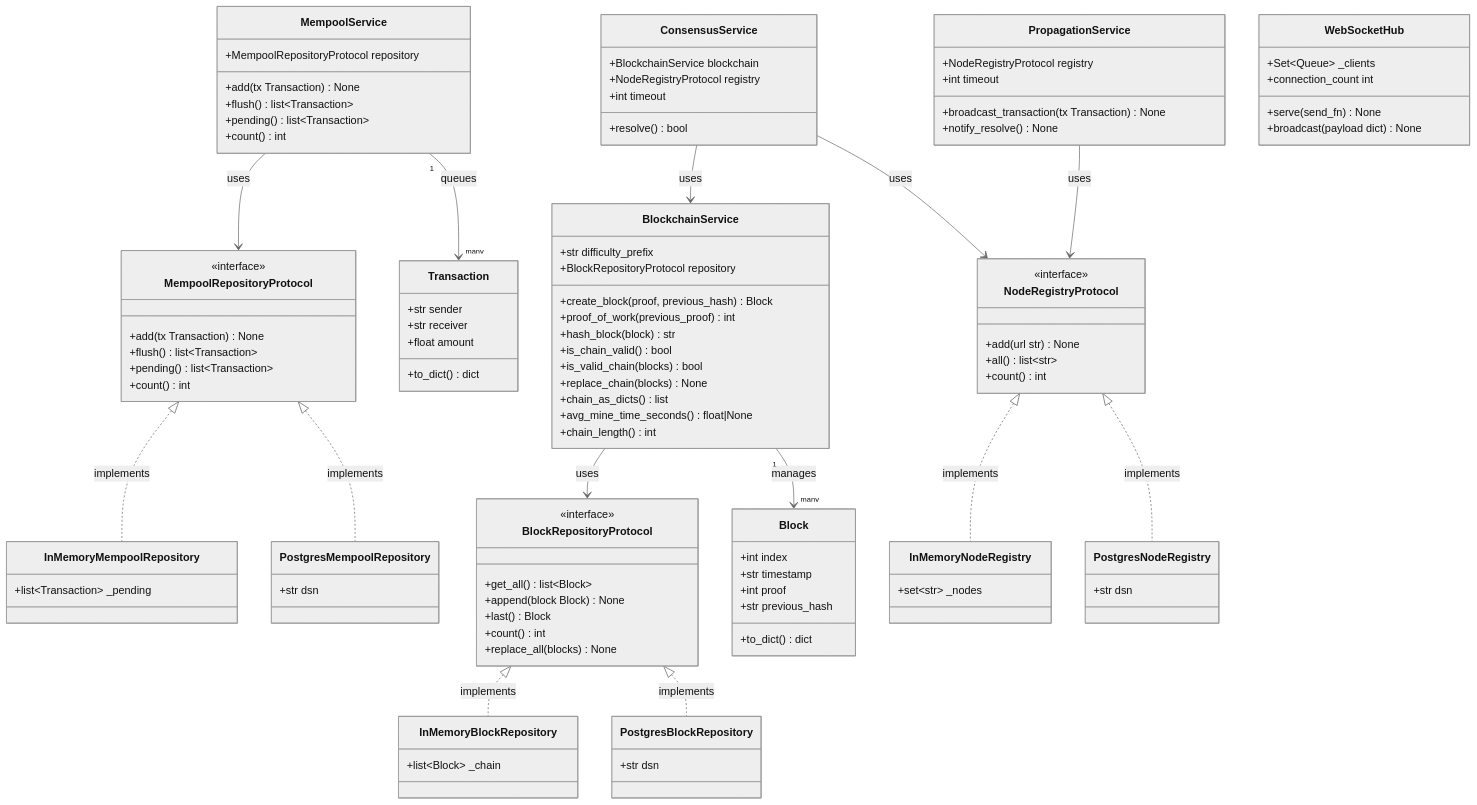
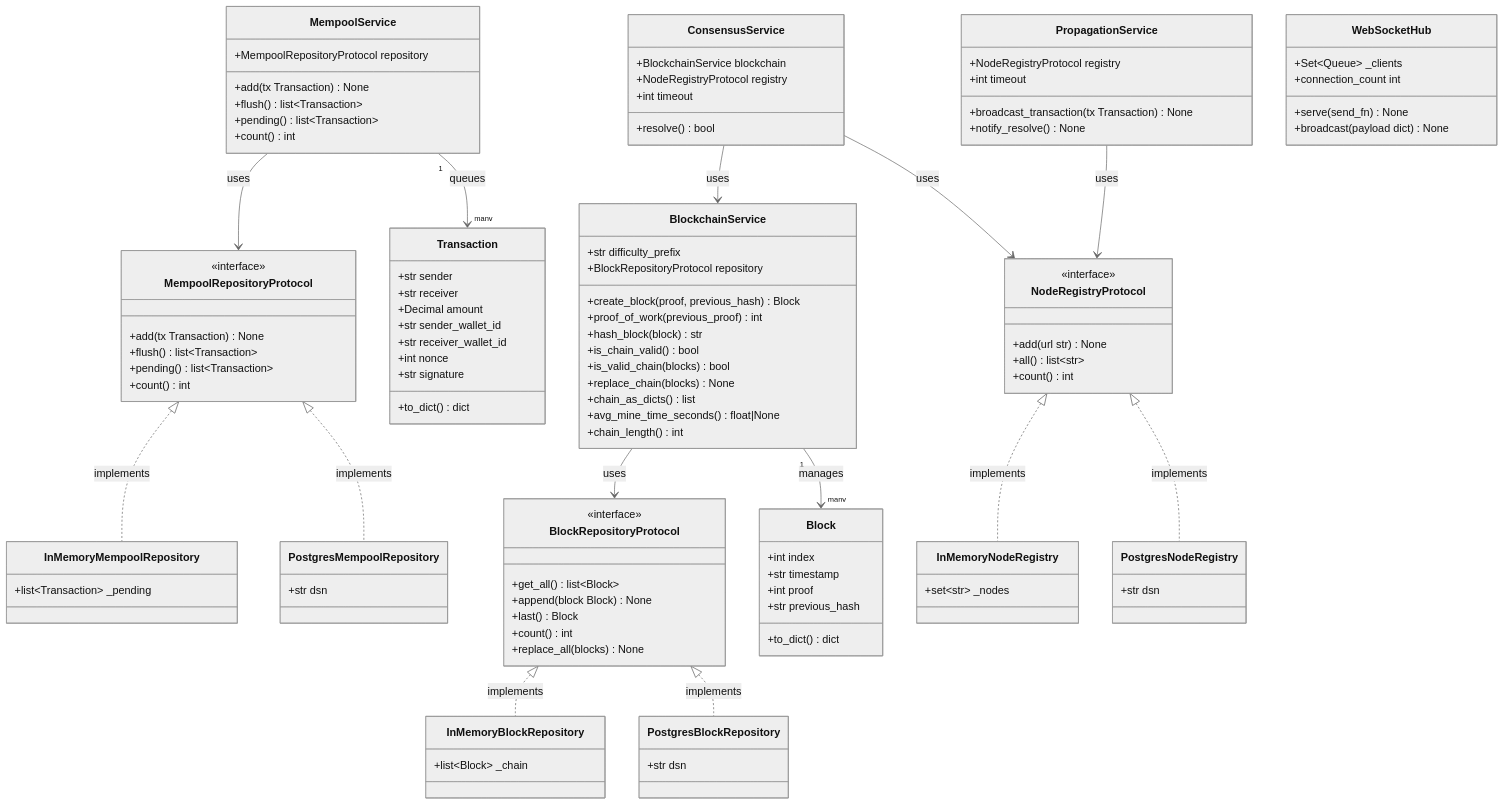
One commit to basic-blockchain/basic-blockchain-simulator changed the second of 2 diagrams in docs/data-model.md. Above: the diagram before and after it, drawn with Mermaid (neutral theme). The commit also changed other lines of this file and 7 other files, not shown here.

```diff
--- a/docs/data-model.md
+++ b/docs/data-model.md
@@ -212,7 +228,11 @@
     class Transaction {
         +str sender
         +str receiver
-        +float amount
+        +Decimal amount
+        +str sender_wallet_id
+        +str receiver_wallet_id
+        +int nonce
+        +str signature
         +to_dict() dict
     }
 
```
